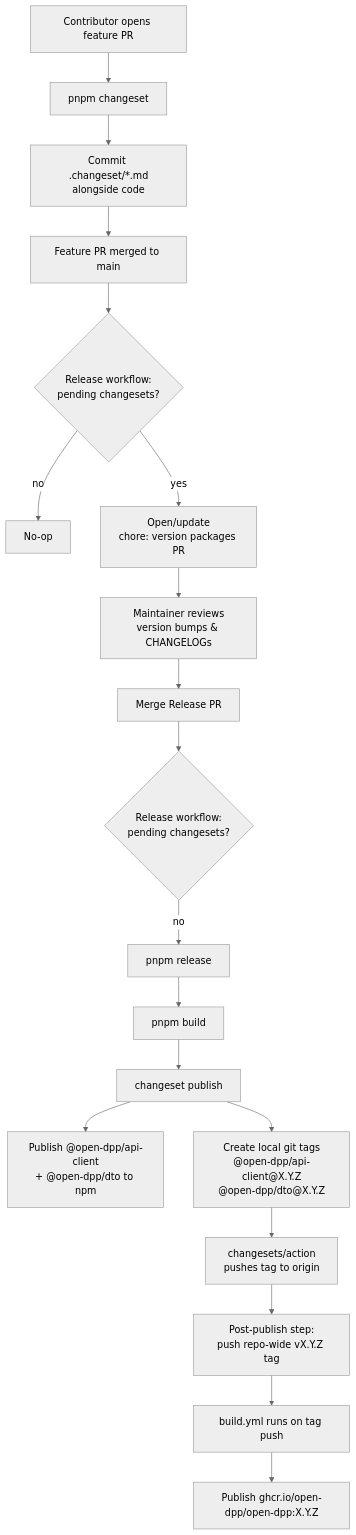
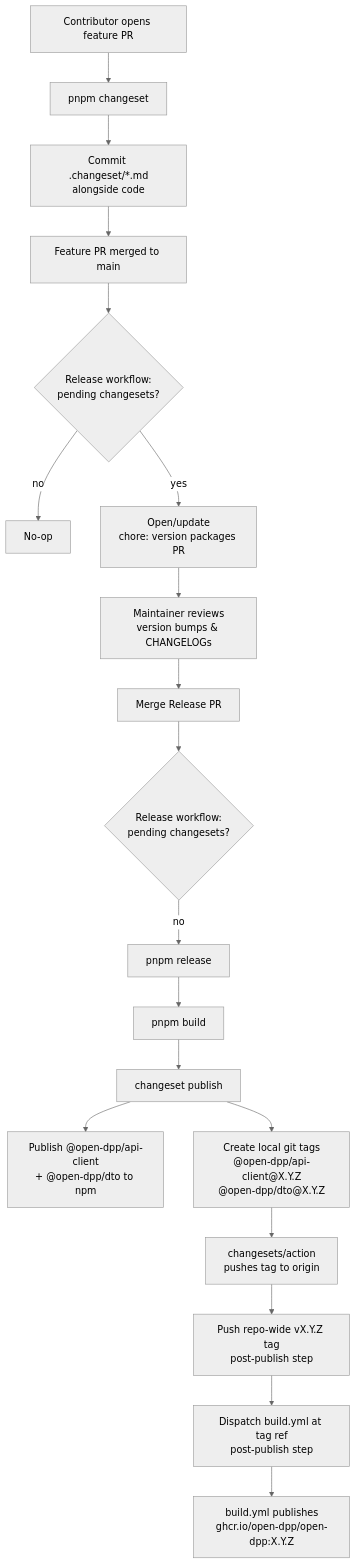
The first of 2 diagrams in RELEASING.md (open-dpp/open-dpp), drawn with Mermaid (neutral theme) before and after one commit. The commit also changed other lines of this file and 2 other files, not shown here.

````diff
--- a/RELEASING.md
+++ b/RELEASING.md
@@ -17,21 +17,21 @@
 ```mermaid
 flowchart TD
     A[Contributor opens feature PR] --> B[pnpm changeset]
     B --> C[Commit .changeset/*.md<br/>alongside code]
     C --> D[Feature PR merged to main]
     D --> E{Release workflow:<br/>pending changesets?}
     E -- no --> Z[No-op]
     E -- yes --> F[Open/update<br/>chore: version packages PR]
     F --> G[Maintainer reviews<br/>version bumps & CHANGELOGs]
     G --> H[Merge Release PR]
     H --> I{Release workflow:<br/>pending changesets?}
     I -- no --> J[pnpm release]
     J --> K[pnpm build]
     K --> L[changeset publish]
     L --> M[Publish @open-dpp/api-client<br/>+ @open-dpp/dto to npm]
     L --> N[Create local git tags<br/>@open-dpp/api-client@X.Y.Z<br/>@open-dpp/dto@X.Y.Z]
     N --> O[changesets/action<br/>pushes tag to origin]
-    O --> P[Post-publish step:<br/>push repo-wide vX.Y.Z tag]
-    P --> Q[build.yml runs on tag push]
-    Q --> R[Publish ghcr.io/open-dpp/open-dpp:X.Y.Z]
+    O --> P[Push repo-wide vX.Y.Z tag<br/>post-publish step]
+    P --> Q[Dispatch build.yml at tag ref<br/>post-publish step]
+    Q --> R[build.yml publishes<br/>ghcr.io/open-dpp/open-dpp:X.Y.Z]
 ```
````
